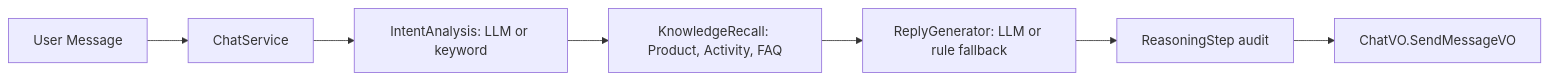
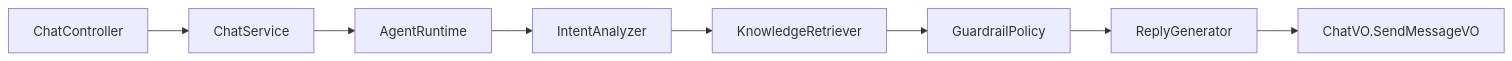
Before and after one commit to anjing-le/agent-customer-service: the first of 2 diagrams in project_document/DOMAIN_MODEL.md, drawn with Mermaid. The commit also changed other lines of this file and 8 other files, not shown here.

Commit message:
refactor: introduce agent runtime

````diff
--- a/project_document/DOMAIN_MODEL.md
+++ b/project_document/DOMAIN_MODEL.md
@@ -35,9 +45,10 @@
 ```mermaid
 flowchart LR
-    A["User Message"] --> B["ChatService"]
-    B --> C["IntentAnalysis: LLM or keyword"]
-    C --> D["KnowledgeRecall: Product, Activity, FAQ"]
-    D --> E["ReplyGenerator: LLM or rule fallback"]
-    E --> F["ReasoningStep audit"]
-    F --> G["ChatVO.SendMessageVO"]
+    A["ChatController"] --> B["ChatService"]
+    B --> C["AgentRuntime"]
+    C --> D["IntentAnalyzer"]
+    D --> E["KnowledgeRetriever"]
+    E --> F["GuardrailPolicy"]
+    F --> G["ReplyGenerator"]
+    G --> H["ChatVO.SendMessageVO"]
 ```
````
